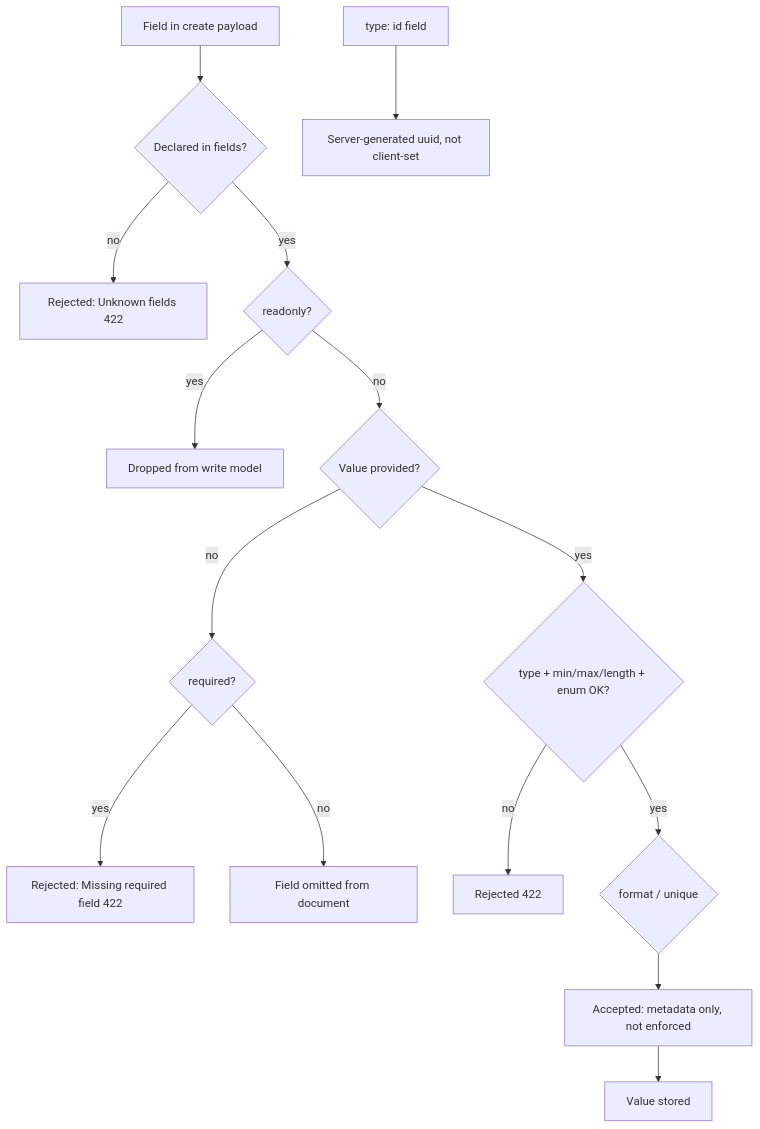
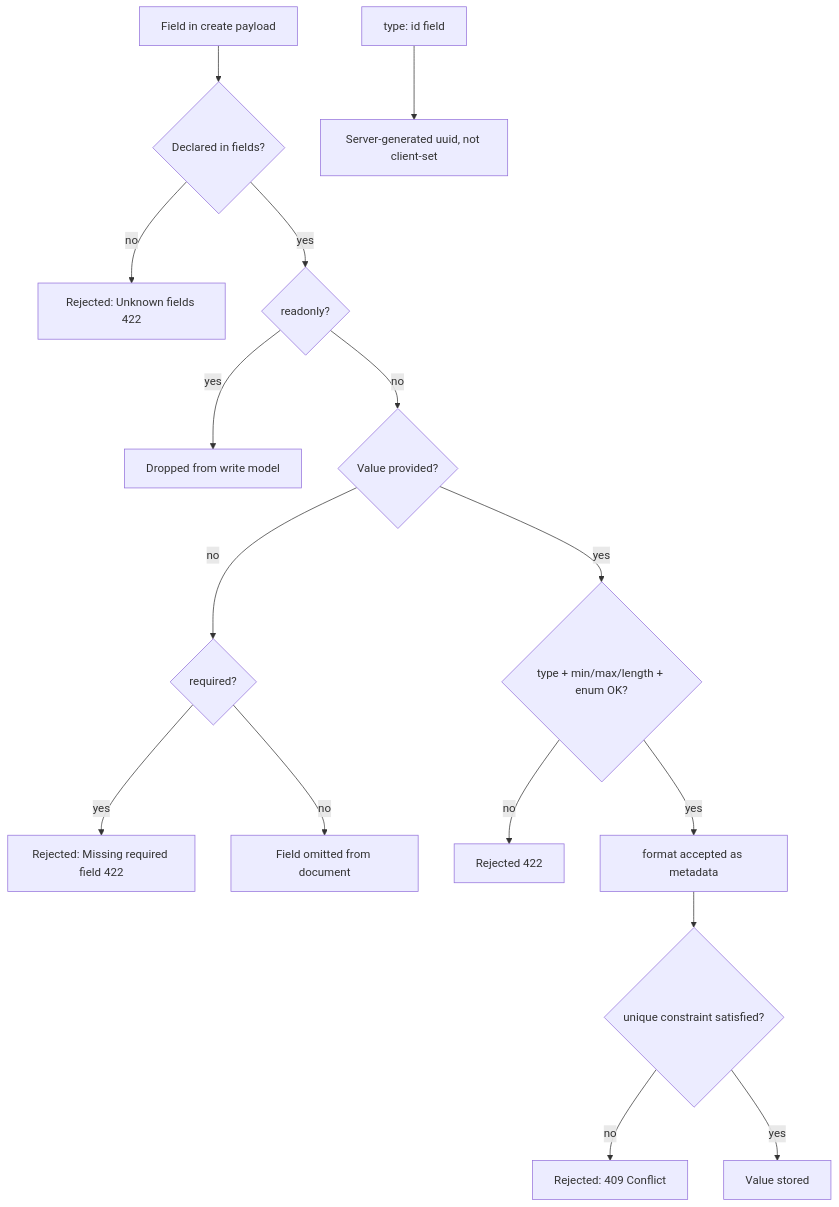
The diagram in docs/v0.2/Reference/entities/field-types.md (sebastiaoteixeira/stackform), drawn with Mermaid before and after one commit. The commit also changed other lines of this file and 20 other files, not shown here.

Commit message:
Complete unique conflict handling across backends

````diff
--- a/docs/v0.2/Reference/entities/field-types.md
+++ b/docs/v0.2/Reference/entities/field-types.md
@@ -242,17 +245,18 @@
 ```mermaid
 flowchart TD
     A[Field in create payload] --> B{Declared in fields?}
     B -- no --> R1[Rejected: Unknown fields 422]
     B -- yes --> C{readonly?}
     C -- yes --> D[Dropped from write model]
     C -- no --> E{Value provided?}
     E -- no --> F{required?}
     F -- yes --> R2[Rejected: Missing required field 422]
     F -- no --> G[Field omitted from document]
     E -- yes --> H{type + min/max/length + enum OK?}
     H -- no --> R3[Rejected 422]
-    H -- yes --> I{format / unique}
-    I --> J[Accepted: metadata only, not enforced]
-    J --> K[Value stored]
+    H -- yes --> I[format accepted as metadata]
+    I --> J{unique constraint satisfied?}
+    J -- no --> R4[Rejected: 409 Conflict]
+    J -- yes --> K[Value stored]
     G2[type: id field] --> L[Server-generated uuid, not client-set]
 ```
````
